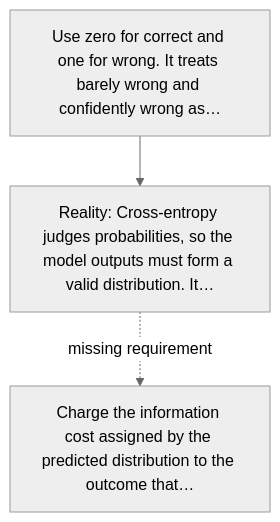
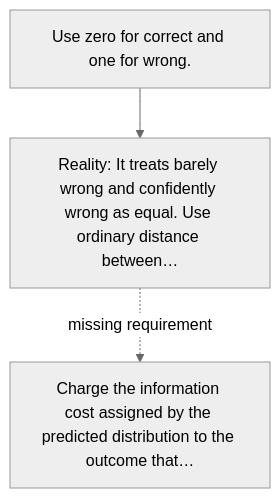
One commit to kleem-labs/AI-Archaeology changed the diagram in excavations/021-cross-entropy/diagram.md. Above: the diagram before and after it, drawn with Mermaid (neutral theme). The commit also changed other lines of this file and 165 other files, not shown here.

````diff
--- a/excavations/021-cross-entropy/diagram.md
+++ b/excavations/021-cross-entropy/diagram.md
@@ -5,5 +5,5 @@
 ```mermaid
 flowchart TD
-    A["Use zero for correct and one for wrong. It treats barely wrong and confidently wrong as…"] --> B["Reality: Cross-entropy judges probabilities, so the model outputs must form a valid distribution. It…"]
+    A["Use zero for correct and one for wrong."] --> B["Reality: It treats barely wrong and confidently wrong as equal. Use ordinary distance between…"]
     B -. "missing requirement" .-> C["Charge the information cost assigned by the predicted distribution to the outcome that…"]
 ```
````
